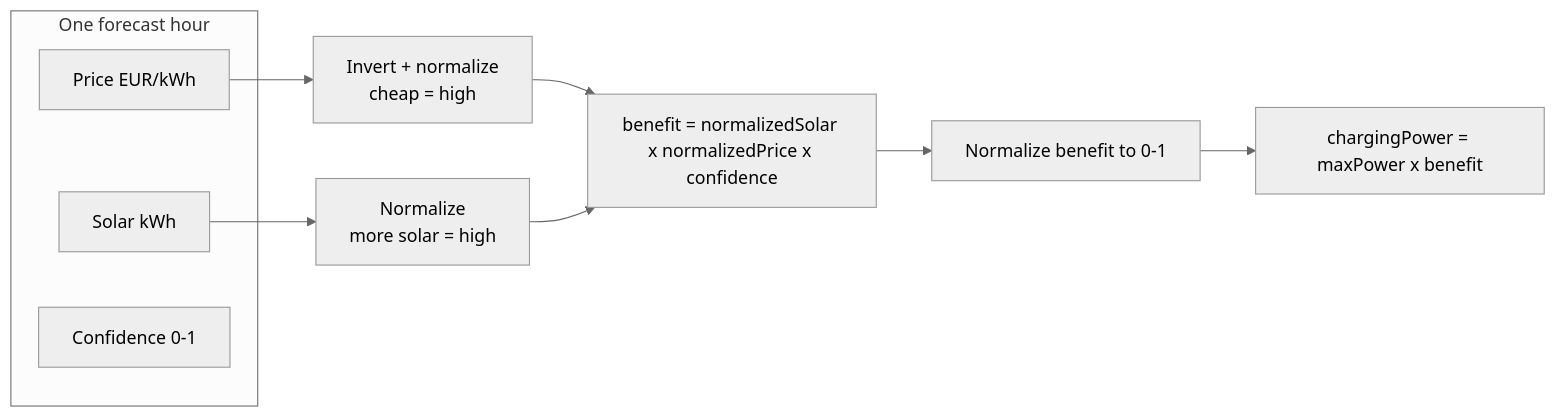
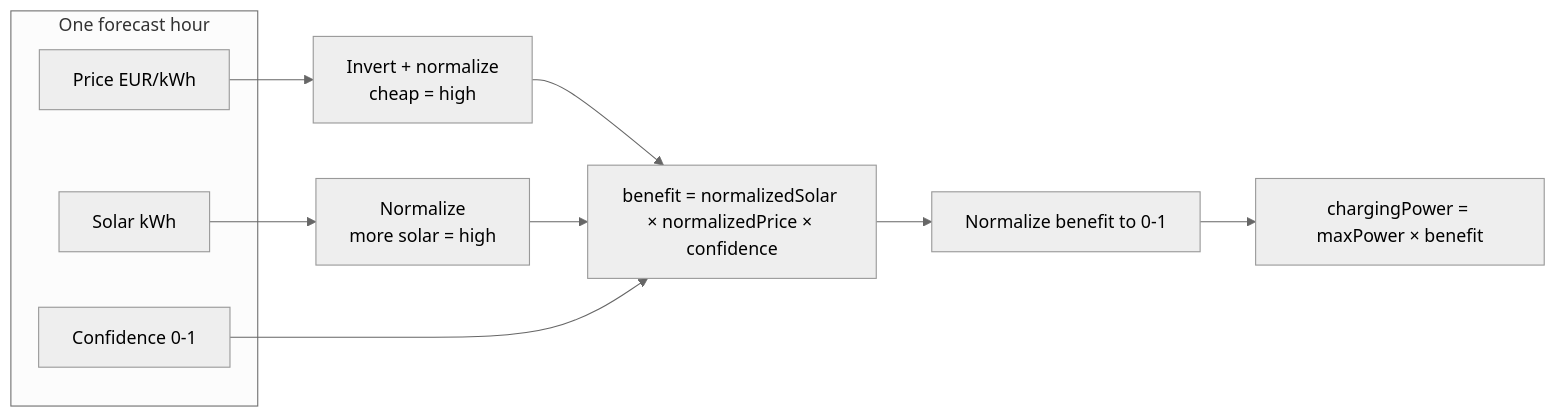
Before and after one commit to maitrux/ev-charging-optimizer: the second of 2 diagrams in README.md, drawn with Mermaid (neutral theme). The commit also changed other lines of this file, not shown here.

````diff
--- a/README.md
+++ b/README.md
@@ -126,15 +127,18 @@
 ```mermaid
 flowchart LR
   subgraph hour [One forecast hour]
     P["Price EUR/kWh"]
     SO["Solar kWh"]
     C["Confidence 0-1"]
   end
 
   P --> NP["Invert + normalize<br/>cheap = high"]
   SO --> NS["Normalize<br/>more solar = high"]
-  NP --> COMB["benefit = normalizedSolar x normalizedPrice x confidence"]
+
+  NP --> COMB["benefit = normalizedSolar × normalizedPrice × confidence"]
   NS --> COMB
+  C --> COMB
+
   COMB --> BEN["Normalize benefit to 0-1"]
-  BEN --> OUT["chargingPower = maxPower x benefit"]
+  BEN --> OUT["chargingPower = maxPower × benefit"]
 ```
````
